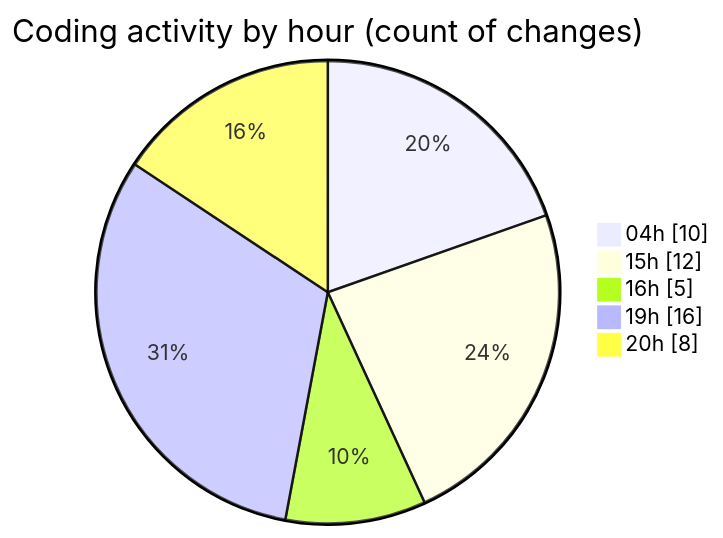
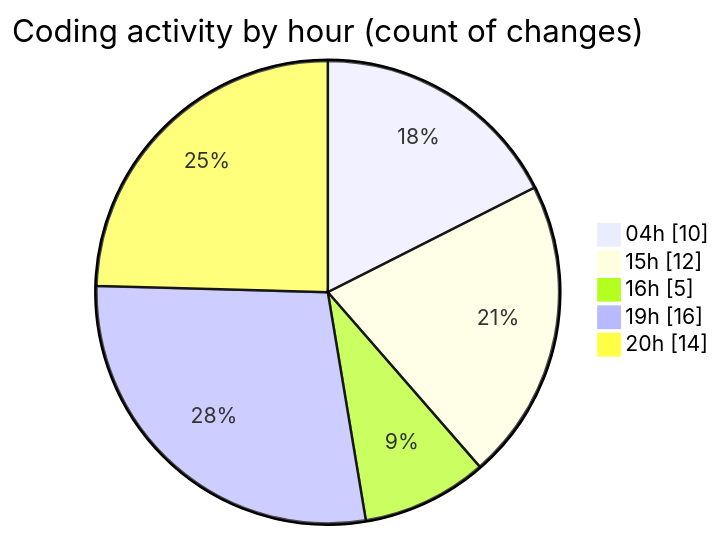
Before and after one commit to charlie-sans/code-tracking: the second of 2 diagrams in 2025-03-17/sharpmasm/README.md, drawn with Mermaid. The commit also changed other lines of this file and 1 other file, not shown here.

````diff
--- a/2025-03-17/sharpmasm/README.md
+++ b/2025-03-17/sharpmasm/README.md
@@ -36,9 +36,9 @@
 ```mermaid
 pie showData
 title Coding activity by hour (count of changes)
 "04h" : 10
 "15h" : 12
 "16h" : 5
 "19h" : 16
-"20h" : 8
+"20h" : 14
 ```
````
